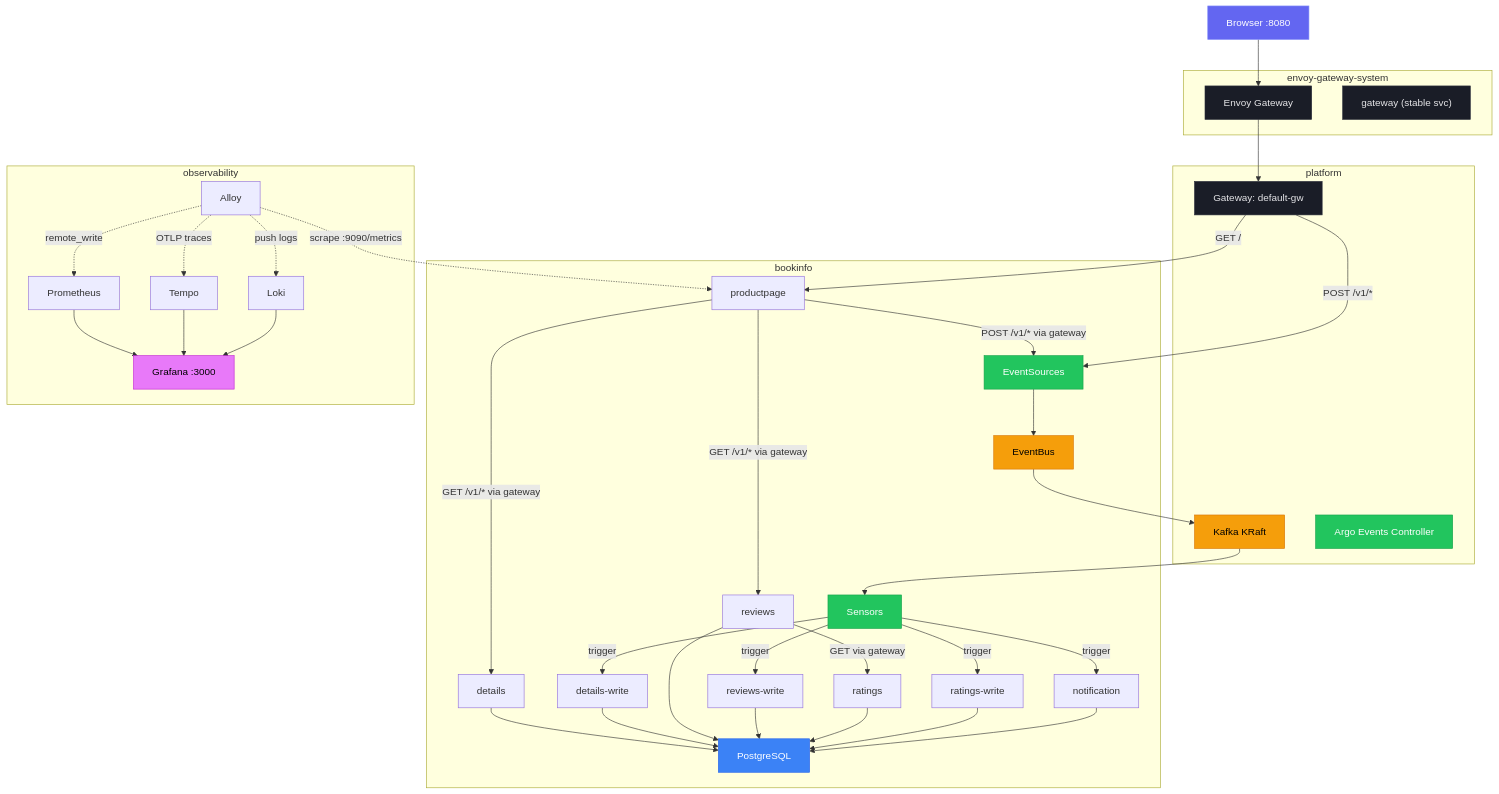
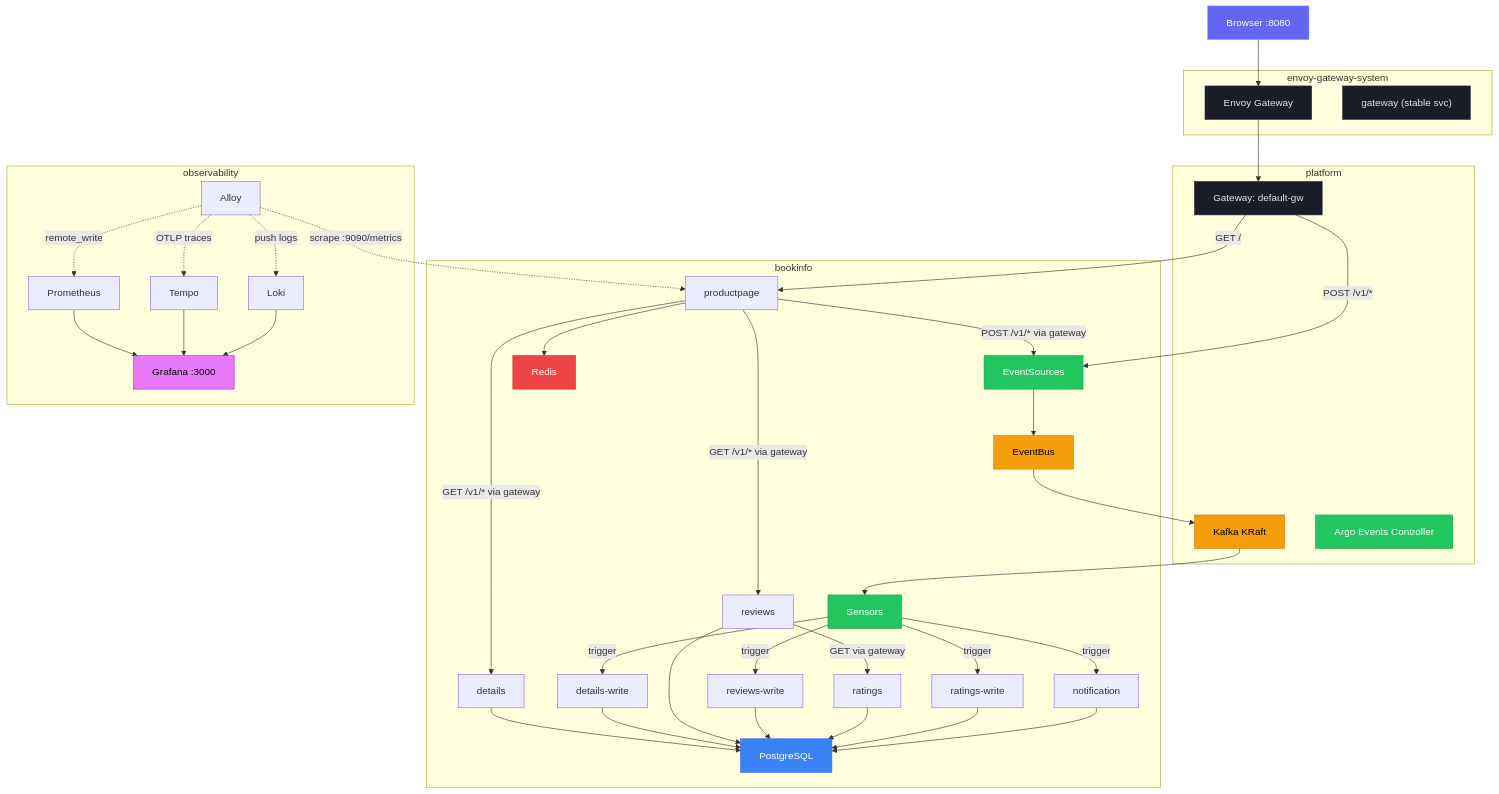
The third of 3 diagrams in README.md (kaio6fellipe/event-driven-bookinfo), drawn with Mermaid before and after one commit. The commit also changed other lines of this file and 21 other files, not shown here.

````diff
--- a/README.md
+++ b/README.md
@@ -281,78 +285,81 @@
 ```mermaid
 graph TD
     Browser["Browser :8080"]
 
     subgraph envoy-gateway-system
         EG["Envoy Gateway"]
         GWSvc["gateway (stable svc)"]
     end
 
     subgraph platform
         GW["Gateway: default-gw"]
         Kafka["Kafka KRaft"]
         ArgoCtrl["Argo Events Controller"]
     end
 
     subgraph bookinfo
         PP["productpage"]
 
         DR["details"]
         RR["reviews"]
         RTR["ratings"]
 
         DW["details-write"]
         RW["reviews-write"]
         RTW["ratings-write"]
         N["notification"]
 
         ES["EventSources"]
         EB["EventBus"]
         S["Sensors"]
 
         PG["PostgreSQL"]
+        Redis["Redis"]
     end
 
     subgraph observability
         Alloy["Alloy"]
         Prom["Prometheus"]
         Tempo["Tempo"]
         Loki["Loki"]
         Grafana["Grafana :3000"]
     end
 
     Browser --> EG --> GW
     GW -->|"GET /"| PP
     GW -->|"POST /v1/*"| ES
     PP -->|"GET /v1/* via gateway"| DR
     PP -->|"GET /v1/* via gateway"| RR
     PP -->|"POST /v1/* via gateway"| ES
     RR -->|"GET via gateway"| RTR
 
     ES --> EB
     EB --> Kafka
     Kafka --> S
     S -->|trigger| DW
     S -->|trigger| RW
     S -->|trigger| RTW
     S -->|trigger| N
 
     DR & DW & RR & RW & RTR & RTW & N --> PG
+    PP --> Redis
 
     Alloy -.->|scrape :9090/metrics| PP
     Alloy -.->|OTLP traces| Tempo
     Alloy -.->|remote_write| Prom
     Alloy -.->|push logs| Loki
     Prom & Tempo & Loki --> Grafana
 
     style Browser fill:#6366f1,color:#fff,stroke:#818cf8
     style EG fill:#1a1d27,color:#e4e4e7,stroke:#2a2d3a
     style GWSvc fill:#1a1d27,color:#e4e4e7,stroke:#2a2d3a
     style GW fill:#1a1d27,color:#e4e4e7,stroke:#2a2d3a
     style Kafka fill:#f59e0b,color:#000,stroke:#d97706
     style EB fill:#f59e0b,color:#000,stroke:#d97706
     style ES fill:#22c55e,color:#fff,stroke:#16a34a
     style S fill:#22c55e,color:#fff,stroke:#16a34a
     style ArgoCtrl fill:#22c55e,color:#fff,stroke:#16a34a
     style Grafana fill:#e879f9,color:#000,stroke:#c026d3
     style PG fill:#3b82f6,color:#fff,stroke:#2563eb
+    style Redis fill:#ef4444,color:#fff,stroke:#dc2626
 ```
````
